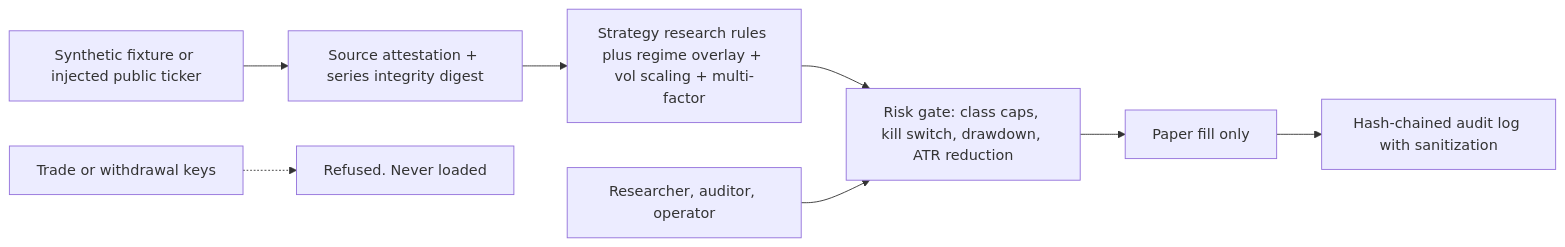
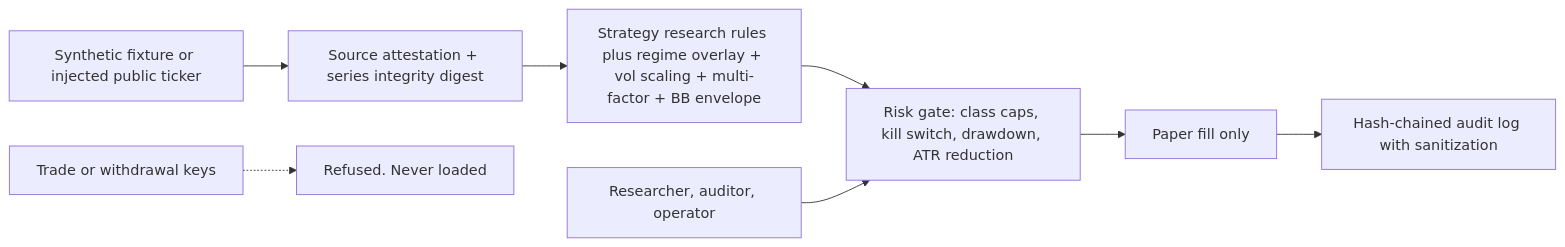
Before and after one commit to kkzee92/aixtech-crypto-intel: the diagram in docs/security-architecture.md, drawn with Mermaid. The commit also changed other lines of this file, not shown here.

Commit message:
Note v0.6 multi-factor adaptive and resilience enhancements in security architecture

````diff
--- a/docs/security-architecture.md
+++ b/docs/security-architecture.md
@@ -10,10 +11,10 @@
 ```mermaid
 flowchart LR
     F["Synthetic fixture or injected public ticker"] --> AT["Source attestation + series integrity digest"]
-    AT --> S["Strategy research rules plus regime overlay + vol scaling + multi-factor"]
+    AT --> S["Strategy research rules plus regime overlay + vol scaling + multi-factor + BB envelope"]
     S --> R["Risk gate: class caps, kill switch, drawdown, ATR reduction"]
     R --> P["Paper fill only"]
     P --> A["Hash-chained audit log with sanitization"]
     K["Trade or withdrawal keys"] -.-> X["Refused. Never loaded"]
     RBAC["Researcher, auditor, operator"] --> R
 ```
````
